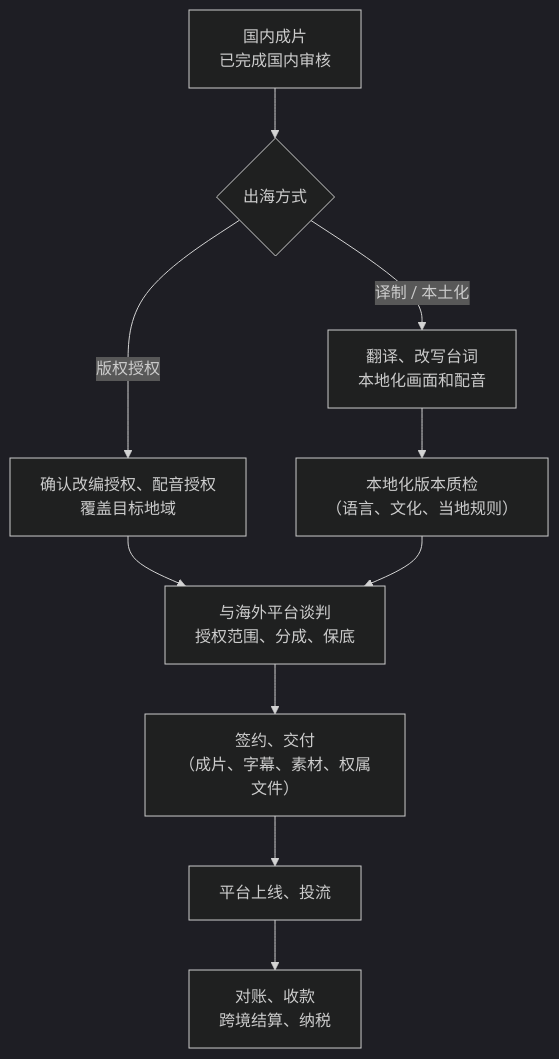
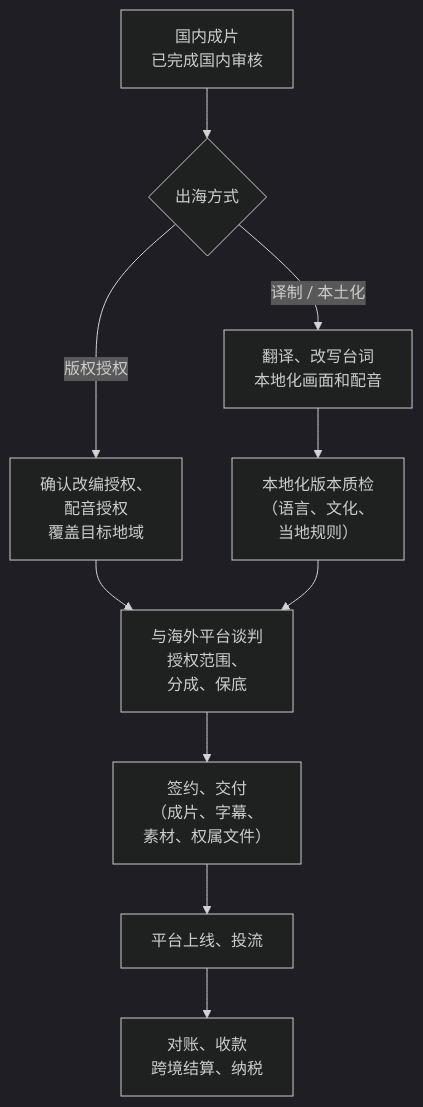
The diagram in books/drama-distribution/10-overseas.md (jarvis-pro/hatch-shelf), drawn with Mermaid (dark theme) before and after one commit. The commit also changed 432 other files, not shown here.

````diff
--- a/books/drama-distribution/10-overseas.md
+++ b/books/drama-distribution/10-overseas.md
@@ -36,12 +36,12 @@
 ```mermaid
 flowchart TD
   A["国内成片<br/>已完成国内审核"] --> B{"出海方式"}
-  B -- "版权授权" --> C["确认改编授权、配音授权<br/>覆盖目标地域"]
+  B -- "版权授权" --> C["确认改编授权、<br/>配音授权<br/>覆盖目标地域"]
   B -- "译制 / 本土化" --> D["翻译、改写台词<br/>本地化画面和配音"]
-  D --> E["本地化版本质检<br/>（语言、文化、当地规则）"]
-  C --> F["与海外平台谈判<br/>授权范围、分成、保底"]
+  D --> E["本地化版本质检<br/>（语言、文化、<br/>当地规则）"]
+  C --> F["与海外平台谈判<br/>授权范围、<br/>分成、保底"]
   E --> F
-  F --> G["签约、交付<br/>（成片、字幕、素材、权属文件）"]
+  F --> G["签约、交付<br/>（成片、字幕、<br/>素材、权属文件）"]
   G --> H["平台上线、投流"]
   H --> I["对账、收款<br/>跨境结算、纳税"]
 ```
````
